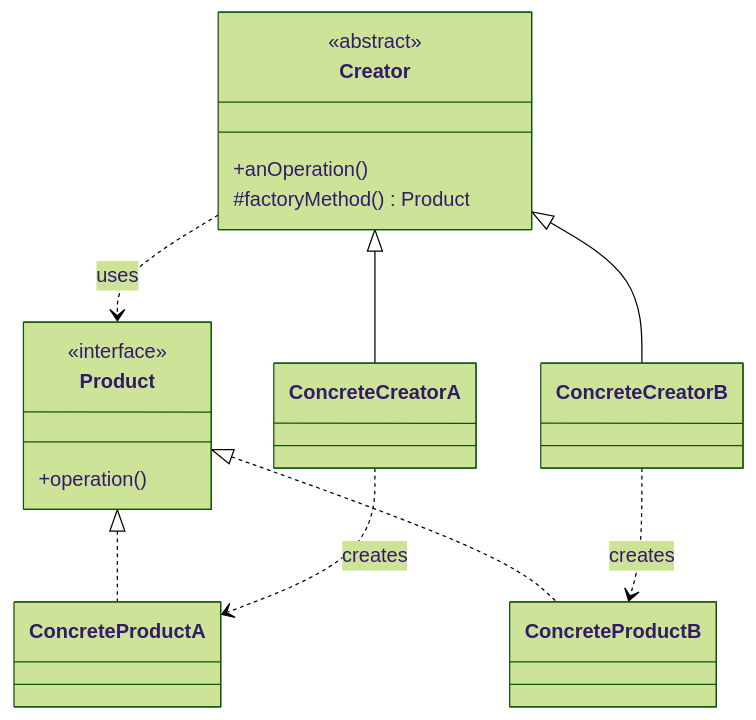
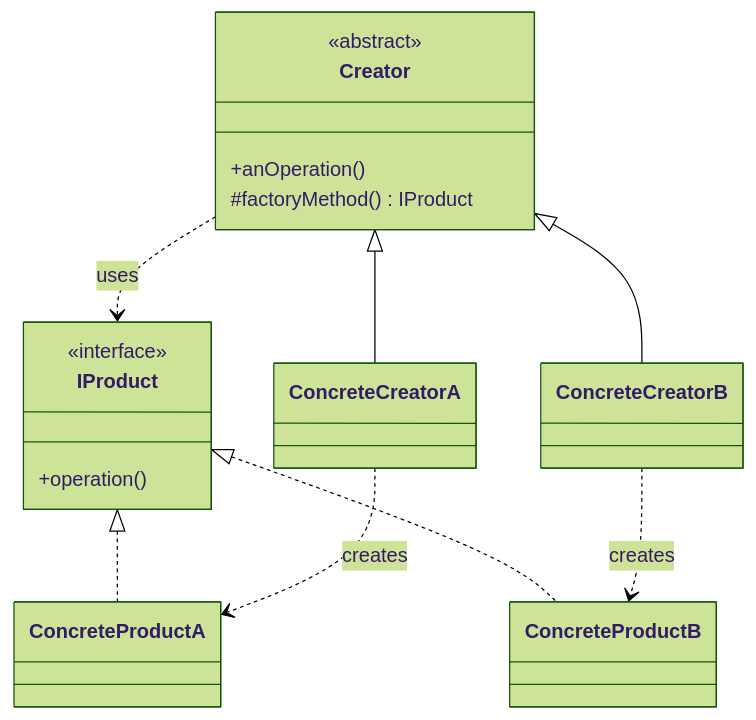
One commit to jeff-adkisson/swe-4743-spring-2026-oo-design changed the second of 7 diagrams in presentations/08-factory-singleton.md. Above: the diagram before and after it, drawn with Mermaid (forest theme). The commit also changed other lines of this file, not shown here.

````diff
--- a/presentations/08-factory-singleton.md
+++ b/presentations/08-factory-singleton.md
@@ -287,25 +275,25 @@
 ```mermaid
 classDiagram
-    class Product {
+    class IProduct {
         <<interface>>
         +operation()
     }
     class ConcreteProductA
     class ConcreteProductB
-    Product <|.. ConcreteProductA
-    Product <|.. ConcreteProductB
+    IProduct <|.. ConcreteProductA
+    IProduct <|.. ConcreteProductB
 
     class Creator {
         <<abstract>>
         +anOperation()
-        #factoryMethod() Product
+        #factoryMethod() IProduct
     }
     class ConcreteCreatorA
     class ConcreteCreatorB
     Creator <|-- ConcreteCreatorA
     Creator <|-- ConcreteCreatorB
 
-    Creator ..> Product : uses
+    Creator ..> IProduct : uses
     ConcreteCreatorA ..> ConcreteProductA : creates
     ConcreteCreatorB ..> ConcreteProductB : creates
 ```
````
